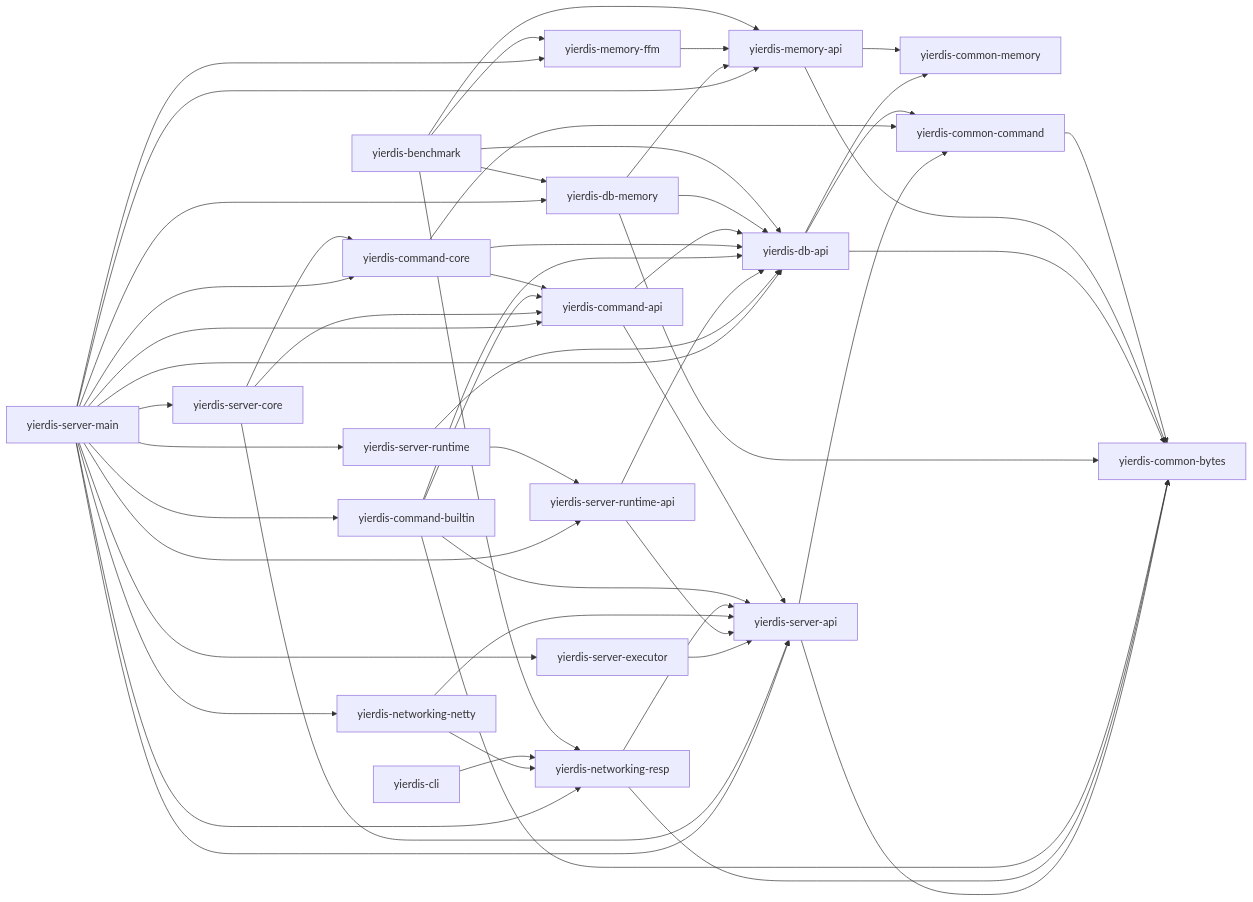
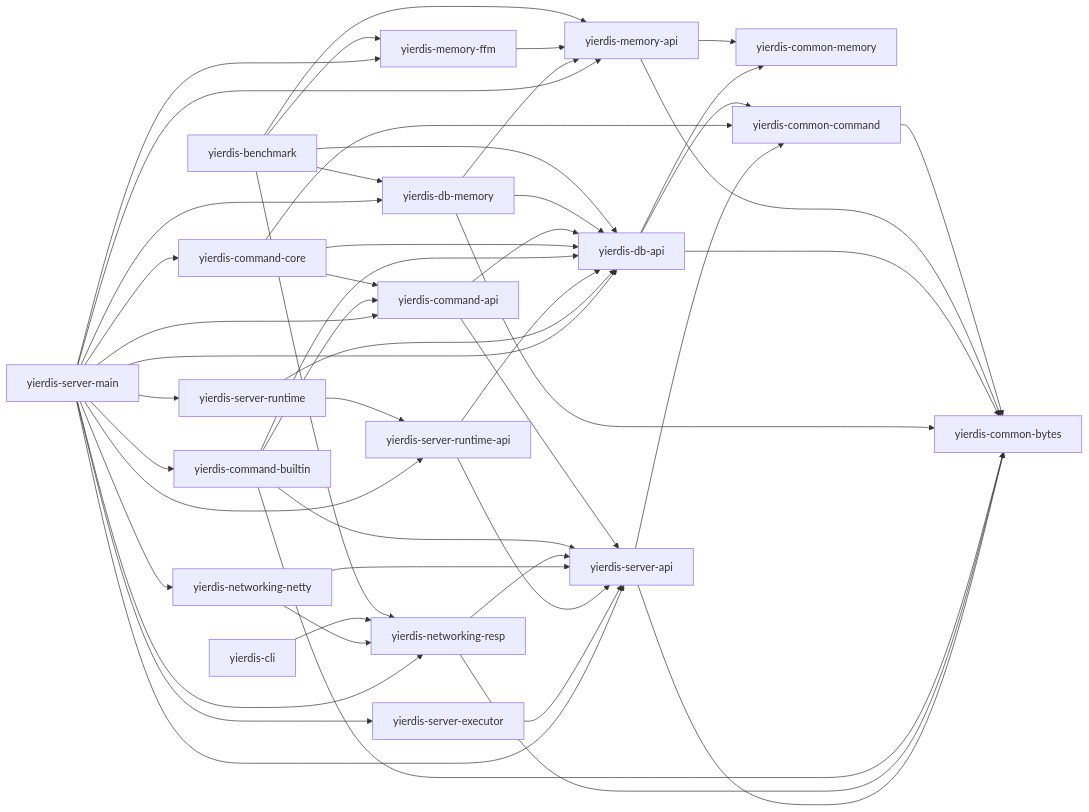
The diagram in docs/project-docs/module-architecture.md (skt-shinyruo/Yierdis), drawn with Mermaid before and after one commit. The commit also changed other lines of this file and 8 other files, not shown here.

Commit message:
refactor: remove yierdis-server-core module and migrate EngineSession to yierdis-server-main

````diff
--- a/docs/project-docs/module-architecture.md
+++ b/docs/project-docs/module-architecture.md
@@ -9,7 +9,6 @@
 ```mermaid
 flowchart LR
   serverMain["yierdis-server-main"]
-  serverCore["yierdis-server-core"]
   serverExecutor["yierdis-server-executor"]
   serverRuntime["yierdis-server-runtime"]
   serverRuntimeApi["yierdis-server-runtime-api"]
@@ -35,7 +34,6 @@
   serverMain --> commandApi
   serverMain --> commandCore
   serverMain --> commandBuiltin
-  serverMain --> serverCore
   serverMain --> resp
   serverMain --> netty
   serverMain --> serverRuntime
@@ -44,9 +42,6 @@
   serverMain --> memoryFfm
   serverMain --> memoryApi
 
-  serverCore --> serverApi
-  serverCore --> commandApi
-  serverCore --> commandCore
   serverExecutor --> serverApi
   serverApi --> commonBytes
   serverApi --> commonCommand
````
